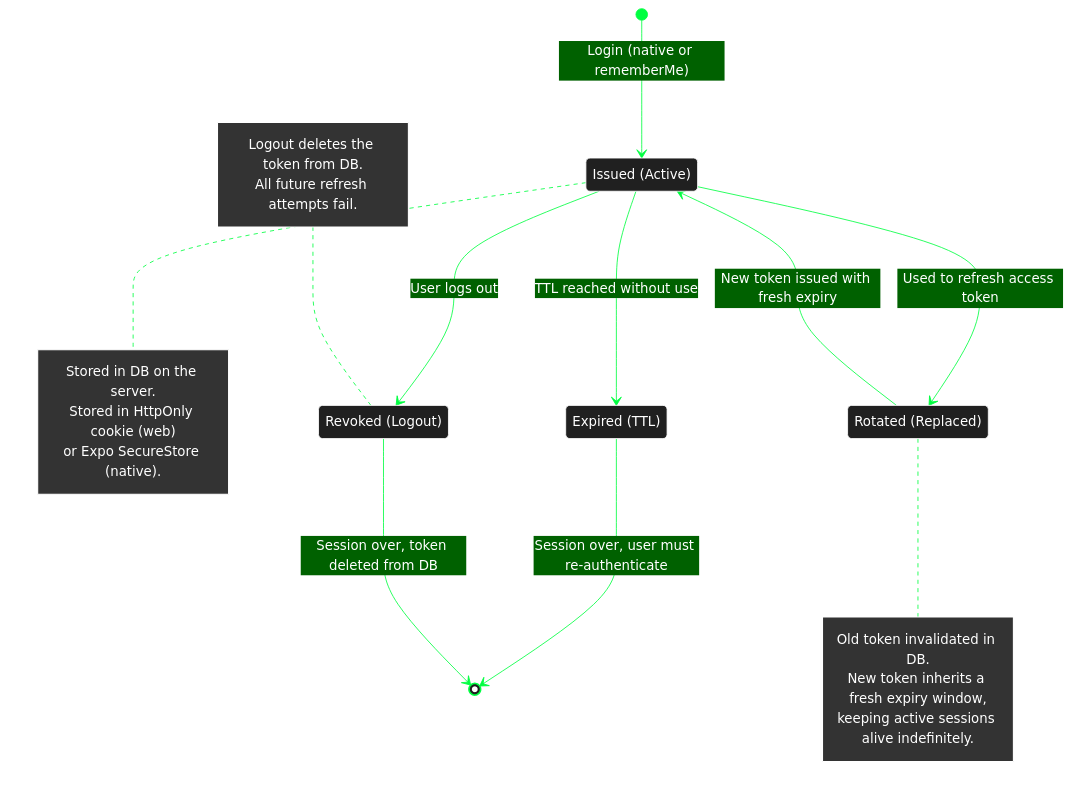
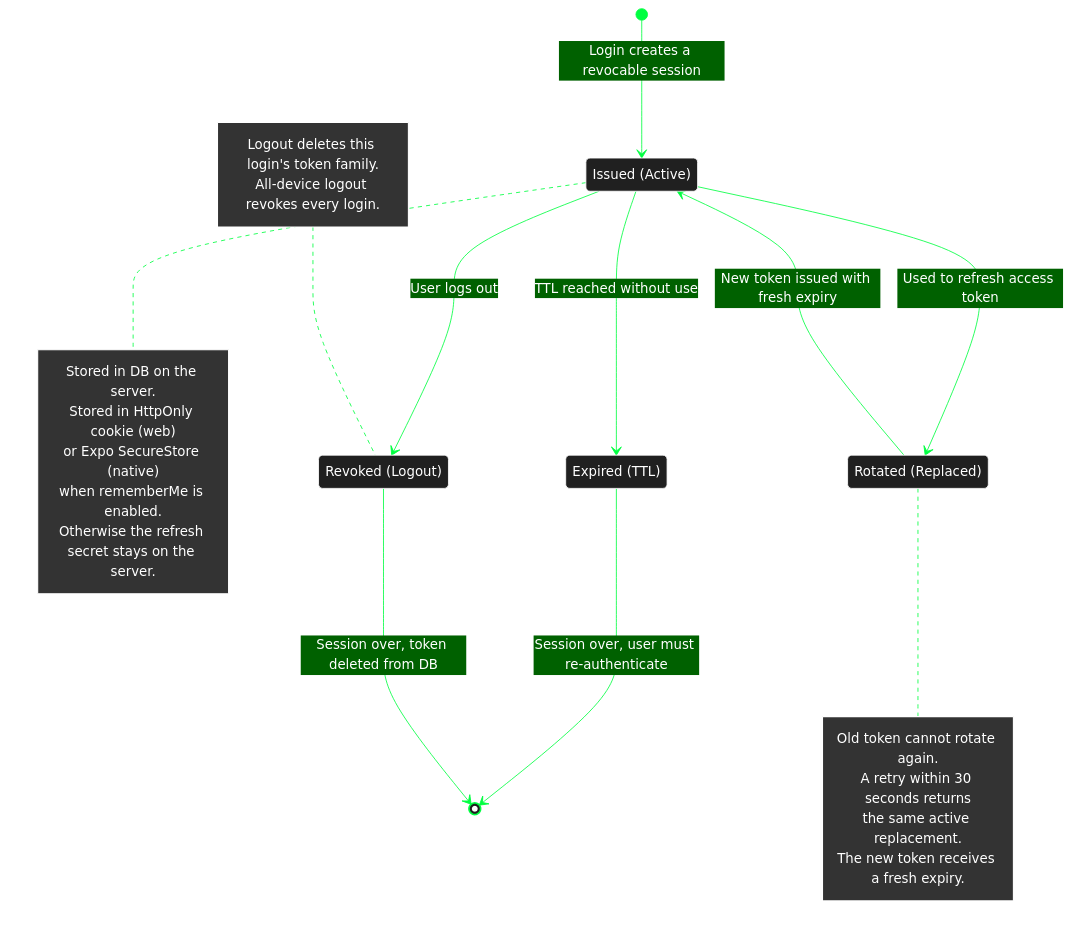
The diagram in docs/diagrams/lifecycle/refresh-token.md (michaelgreenl/tally-tracker), drawn with Mermaid before and after one commit. The commit also changed 32 other files, not shown here.

````diff
--- a/docs/diagrams/lifecycle/refresh-token.md
+++ b/docs/diagrams/lifecycle/refresh-token.md
@@ -3,52 +3,55 @@
 ```mermaid
 %%{
   init: {
     'theme': 'base',
     'themeVariables': {
       'primaryColor': '#202020',
       'primaryTextColor': '#fff',
       'primaryBorderColor': '#ffffff',
       'lineColor': '#00ff41',
       'secondaryColor': '#006100',
       'tertiaryColor': '#fff',
       'noteBkgColor': '#333',
       'noteTextColor': '#fff',
       'noteBorderColor': '#fff'
     }
   }
 }%%
 
 stateDiagram-v2
-    [*] --> Issued: Login (native or rememberMe)
+    [*] --> Issued: Login creates a revocable session
 
     state "Issued (Active)" as Issued
     state "Rotated (Replaced)" as Rotated
     state "Expired (TTL)" as Expired
     state "Revoked (Logout)" as Revoked
 
     Issued --> Rotated: Used to refresh access token
     Rotated --> Issued: New token issued with fresh expiry
 
     Issued --> Expired: TTL reached without use
     Issued --> Revoked: User logs out
 
     Expired --> [*]: Session over, user must re-authenticate
     Revoked --> [*]: Session over, token deleted from DB
 
     note right of Issued
         Stored in DB on the server.
         Stored in HttpOnly cookie (web)
-        or Expo SecureStore (native).
+        or Expo SecureStore (native)
+        when rememberMe is enabled.
+        Otherwise the refresh secret stays on the server.
     end note
 
     note right of Rotated
-        Old token invalidated in DB.
-        New token inherits a fresh expiry window,
-        keeping active sessions alive indefinitely.
+        Old token cannot rotate again.
+        A retry within 30 seconds returns
+        the same active replacement.
+        The new token receives a fresh expiry.
     end note
 
     note left of Revoked
-        Logout deletes the token from DB.
-        All future refresh attempts fail.
+        Logout deletes this login's token family.
+        All-device logout revokes every login.
     end note
 ```
````
